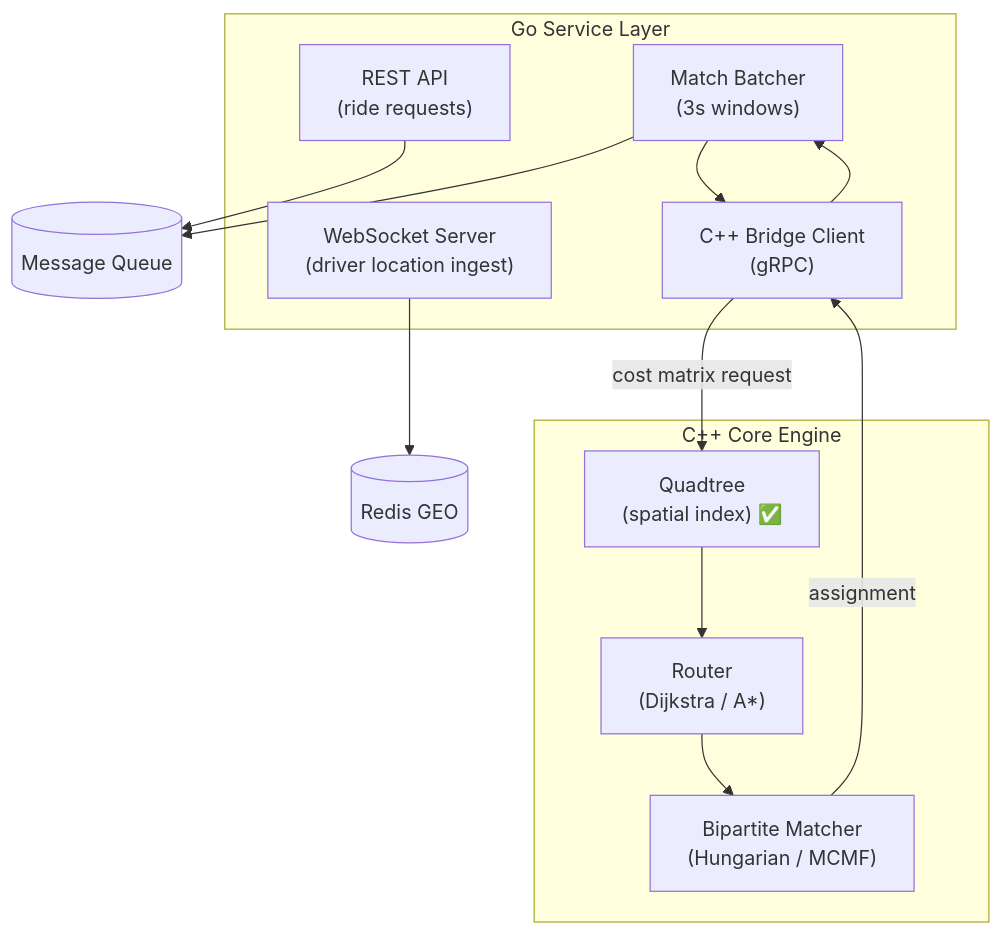
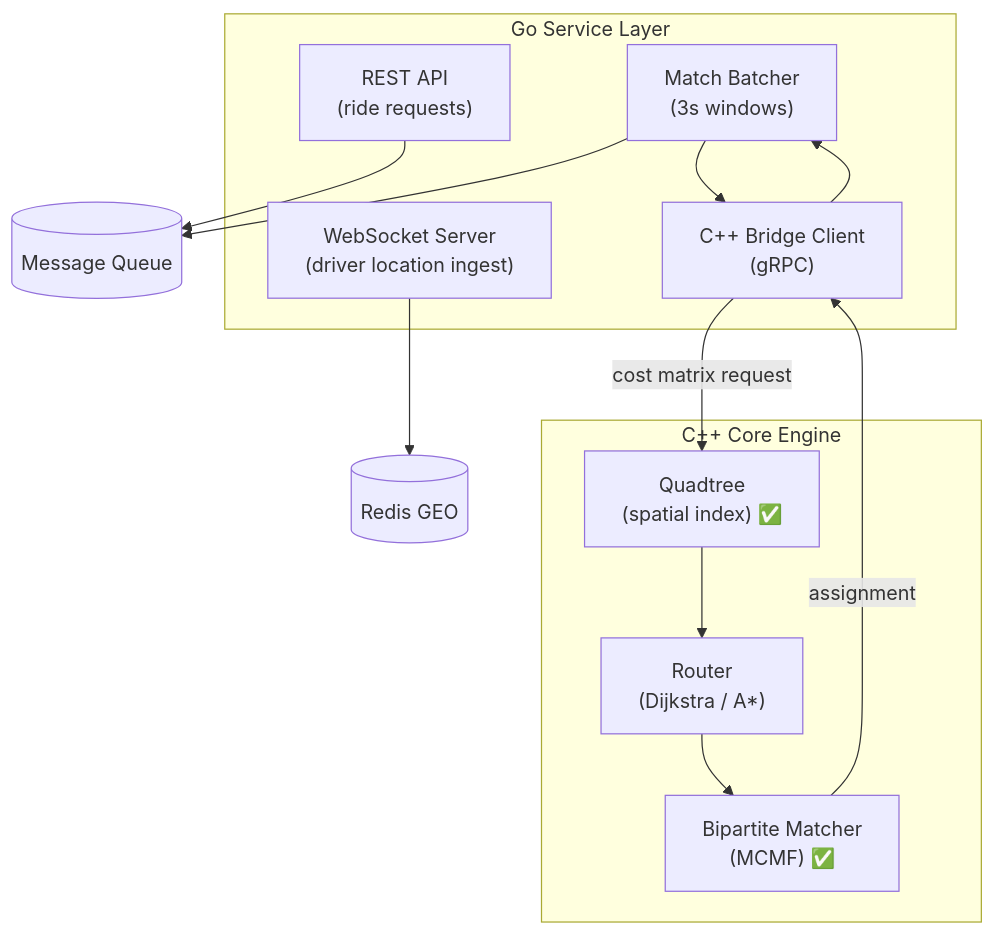
One commit to aristoncodes/Ride-matching-engine changed the second of 4 diagrams in docs/Architecture.md. Above: the diagram before and after it, drawn with Mermaid. The commit also changed other lines of this file and 71 other files, not shown here.

First line of the commit message:
Week 2 finish + Week 3 optimal MCMF matcher; untrack build/

````diff
--- a/docs/Architecture.md
+++ b/docs/Architecture.md
@@ -33,26 +33,26 @@
 ```mermaid
 flowchart TB
     subgraph GoLayer["Go Service Layer"]
       ws["WebSocket Server\n(driver location ingest)"]
       api["REST API\n(ride requests)"]
       batcher["Match Batcher\n(3s windows)"]
       bridge["C++ Bridge Client\n(gRPC)"]
     end
     subgraph CppCore["C++ Core Engine"]
       qt["Quadtree\n(spatial index) ✅"]
       router["Router\n(Dijkstra / A*)"]
-      matcher["Bipartite Matcher\n(Hungarian / MCMF)"]
+      matcher["Bipartite Matcher\n(MCMF) ✅"]
     end
     redis[("Redis GEO")]
     queue[("Message Queue")]
 
     ws --> redis
     api --> queue
     batcher --> queue
     batcher --> bridge
     bridge -->|cost matrix request| qt
     qt --> router
     router --> matcher
     matcher -->|assignment| bridge
     bridge --> batcher
 ```
````
